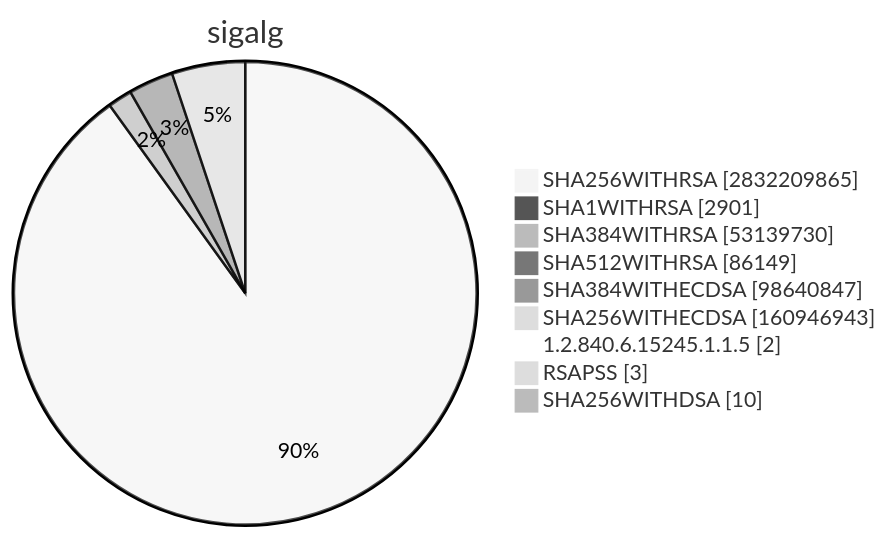
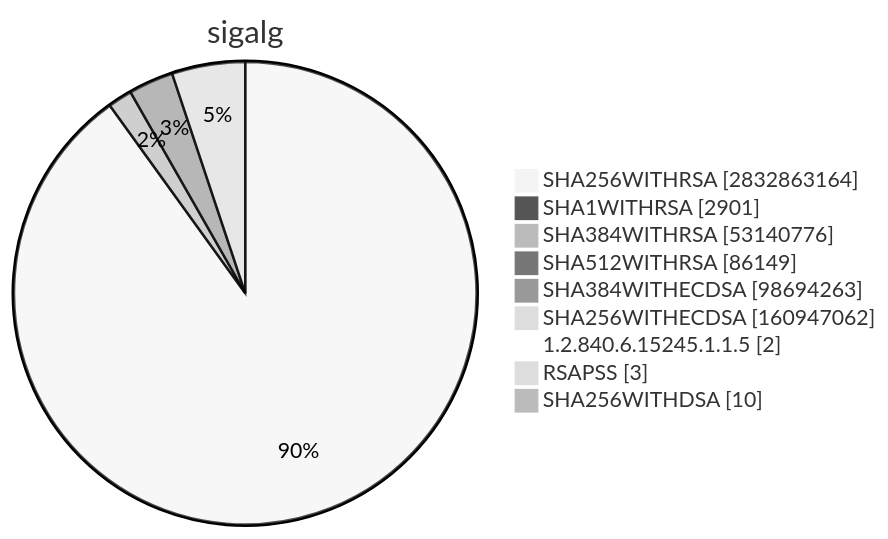
One commit to christiankrug/ctmonitor_visualization changed diagram 15 of 15 in TOTAL/README.md. Above: the diagram before and after it, drawn with Mermaid (neutral theme). The commit also changed other lines of this file, not shown here.

````diff
--- a/TOTAL/README.md
+++ b/TOTAL/README.md
@@ -6207,13 +6207,13 @@
 ```mermaid
 pie showData
 title sigalg
-"SHA256WITHRSA" :2832209865
+"SHA256WITHRSA" :2832863164
 "SHA1WITHRSA" :2901
-"SHA384WITHRSA" :53139730
+"SHA384WITHRSA" :53140776
 "SHA512WITHRSA" :86149
-"SHA384WITHECDSA" :98640847
-"SHA256WITHECDSA" :160946943
+"SHA384WITHECDSA" :98694263
+"SHA256WITHECDSA" :160947062
 "1.2.840.6.15245.1.1.5" :2
 "RSAPSS" :3
 "SHA256WITHDSA" :10
 ```
````
